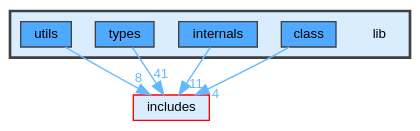
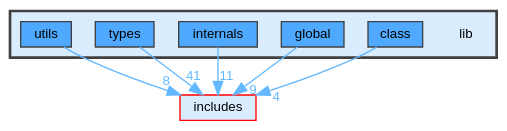
Before and after one commit to JS-CMP/JS-CMP: the diagram in dir_97aefd0d527b934f1d99a682da8fe6a9_dep.dot, drawn with Graphviz. The commit also changed 142 other files, not shown here.

```diff
--- a/dir_97aefd0d527b934f1d99a682da8fe6a9_dep.dot
+++ b/dir_97aefd0d527b934f1d99a682da8fe6a9_dep.dot
@@ -1,21 +1,23 @@
 digraph "lib"
 {
  // LATEX_PDF_SIZE
   bgcolor="transparent";
   edge [fontname=Helvetica,fontsize=10,labelfontname=Helvetica,labelfontsize=10];
   node [fontname=Helvetica,fontsize=10,shape=box,height=0.2,width=0.4];
   compound=true
   subgraph clusterdir_97aefd0d527b934f1d99a682da8fe6a9 {
     graph [ bgcolor="#daedff", pencolor="grey25", label="", fontname=Helvetica,fontsize=10 style="filled,bold", URL="dir_97aefd0d527b934f1d99a682da8fe6a9.html",tooltip=""]
     dir_97aefd0d527b934f1d99a682da8fe6a9 [shape=plaintext, label="lib"];
   dir_285d619cbfa84c6430bdb6c8ccfd6309 [label="class", fillcolor="#4ea9ff", color="grey25", style="filled", URL="dir_285d619cbfa84c6430bdb6c8ccfd6309.html",tooltip=""];
+  dir_e5351f453d76e877d7266eb645a452b4 [label="global", fillcolor="#4ea9ff", color="grey25", style="filled", URL="dir_e5351f453d76e877d7266eb645a452b4.html",tooltip=""];
   dir_b676090d228801dd7ffbbb73657bbc43 [label="internals", fillcolor="#4ea9ff", color="grey25", style="filled", URL="dir_b676090d228801dd7ffbbb73657bbc43.html",tooltip=""];
   dir_560694f03ee5bf1136d79e4f1ca1ca37 [label="types", fillcolor="#4ea9ff", color="grey25", style="filled", URL="dir_560694f03ee5bf1136d79e4f1ca1ca37.html",tooltip=""];
   dir_4ce02b87227cef1244bdd1fa3b12a08b [label="utils", fillcolor="#4ea9ff", color="grey25", style="filled", URL="dir_4ce02b87227cef1244bdd1fa3b12a08b.html",tooltip=""];
   }
   dir_09e761304027c904456130627fd4dcf5 [label="includes", fillcolor="#daedff", color="red", style="filled", URL="dir_09e761304027c904456130627fd4dcf5.html",tooltip=""];
-  dir_285d619cbfa84c6430bdb6c8ccfd6309->dir_09e761304027c904456130627fd4dcf5 [headlabel="4", labeldistance=1.5 headhref="dir_000001_000002.html" href="dir_000001_000002.html" color="steelblue1" fontcolor="steelblue1"];
-  dir_b676090d228801dd7ffbbb73657bbc43->dir_09e761304027c904456130627fd4dcf5 [headlabel="11", labeldistance=1.5 headhref="dir_000004_000002.html" href="dir_000004_000002.html" color="steelblue1" fontcolor="steelblue1"];
-  dir_560694f03ee5bf1136d79e4f1ca1ca37->dir_09e761304027c904456130627fd4dcf5 [headlabel="41", labeldistance=1.5 headhref="dir_000015_000002.html" href="dir_000015_000002.html" color="steelblue1" fontcolor="steelblue1"];
-  dir_4ce02b87227cef1244bdd1fa3b12a08b->dir_09e761304027c904456130627fd4dcf5 [headlabel="8", labeldistance=1.5 headhref="dir_000017_000002.html" href="dir_000017_000002.html" color="steelblue1" fontcolor="steelblue1"];
+  dir_285d619cbfa84c6430bdb6c8ccfd6309->dir_09e761304027c904456130627fd4dcf5 [headlabel="4", labeldistance=1.5 headhref="dir_000001_000004.html" href="dir_000001_000004.html" color="steelblue1" fontcolor="steelblue1"];
+  dir_e5351f453d76e877d7266eb645a452b4->dir_09e761304027c904456130627fd4dcf5 [headlabel="9", labeldistance=1.5 headhref="dir_000003_000004.html" href="dir_000003_000004.html" color="steelblue1" fontcolor="steelblue1"];
+  dir_b676090d228801dd7ffbbb73657bbc43->dir_09e761304027c904456130627fd4dcf5 [headlabel="11", labeldistance=1.5 headhref="dir_000006_000004.html" href="dir_000006_000004.html" color="steelblue1" fontcolor="steelblue1"];
+  dir_560694f03ee5bf1136d79e4f1ca1ca37->dir_09e761304027c904456130627fd4dcf5 [headlabel="41", labeldistance=1.5 headhref="dir_000017_000004.html" href="dir_000017_000004.html" color="steelblue1" fontcolor="steelblue1"];
+  dir_4ce02b87227cef1244bdd1fa3b12a08b->dir_09e761304027c904456130627fd4dcf5 [headlabel="8", labeldistance=1.5 headhref="dir_000019_000004.html" href="dir_000019_000004.html" color="steelblue1" fontcolor="steelblue1"];
 }
```
